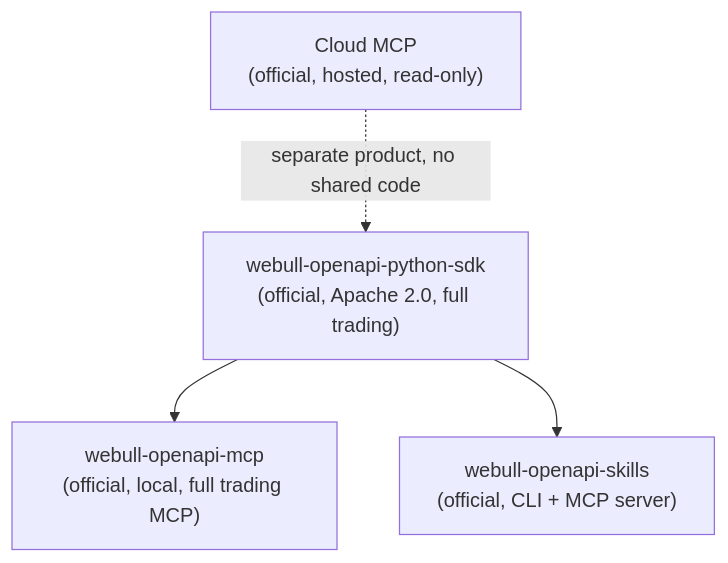
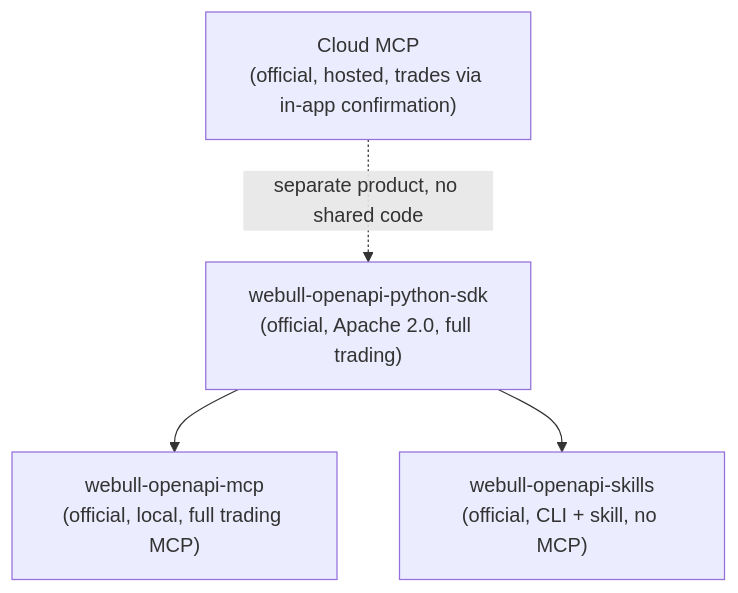
The diagram in brokers/webull.md (mphinance/awesome-broker-mcp), drawn with Mermaid before and after one commit. The commit also changed other lines of this file and 17 other files, not shown here.

````diff
--- a/brokers/webull.md
+++ b/brokers/webull.md
@@ -97,11 +125,11 @@
 ```mermaid
 flowchart TD
     SDK["webull-openapi-python-sdk\n(official, Apache 2.0, full trading)"]
     MCP["webull-openapi-mcp\n(official, local, full trading MCP)"]
-    Skill["webull-openapi-skills\n(official, CLI + MCP server)"]
-    Cloud["Cloud MCP\n(official, hosted, read-only)"]
+    Skill["webull-openapi-skills\n(official, CLI + skill, no MCP)"]
+    Cloud["Cloud MCP\n(official, hosted, trades via in-app confirmation)"]
 
     SDK --> MCP
     SDK --> Skill
     Cloud -.separate product, no shared code.-> SDK
 ```
````
